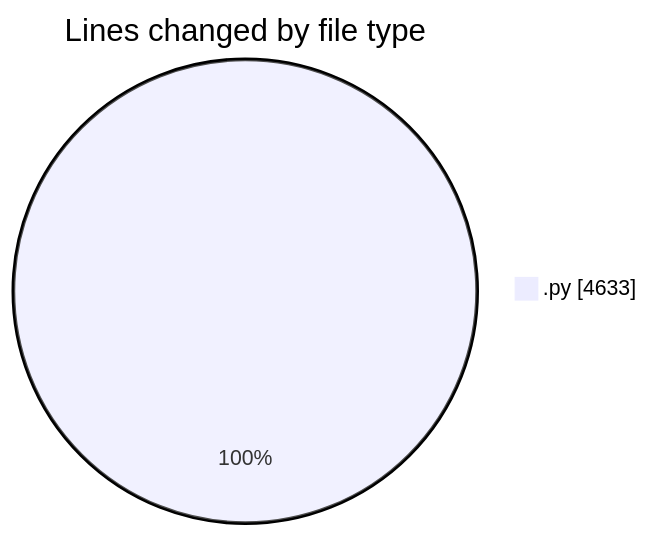
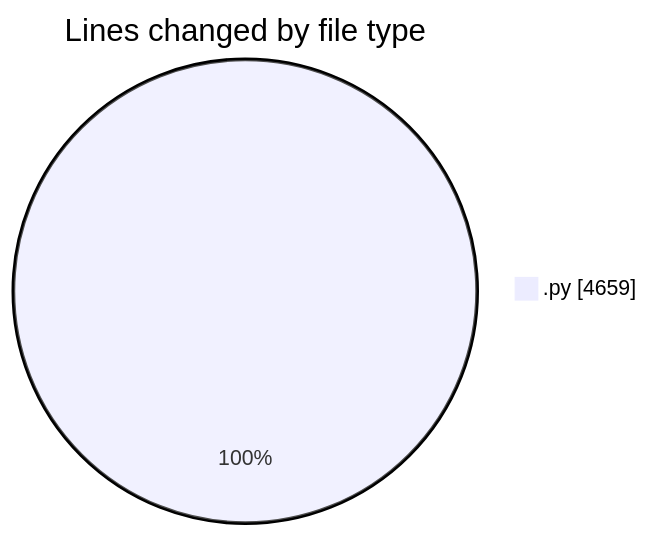
The first of 2 diagrams in 2025-05-08/myws__workspace_/README.md (MatusMokan/code-tracking), drawn with Mermaid before and after one commit. The commit also changed other lines of this file and 1 other file, not shown here.

````diff
--- a/2025-05-08/myws__workspace_/README.md
+++ b/2025-05-08/myws__workspace_/README.md
@@ -24,5 +24,5 @@
 ```mermaid
 pie showData
 title Lines changed by file type
-".py" : 4633
+".py" : 4659
 ```
````
